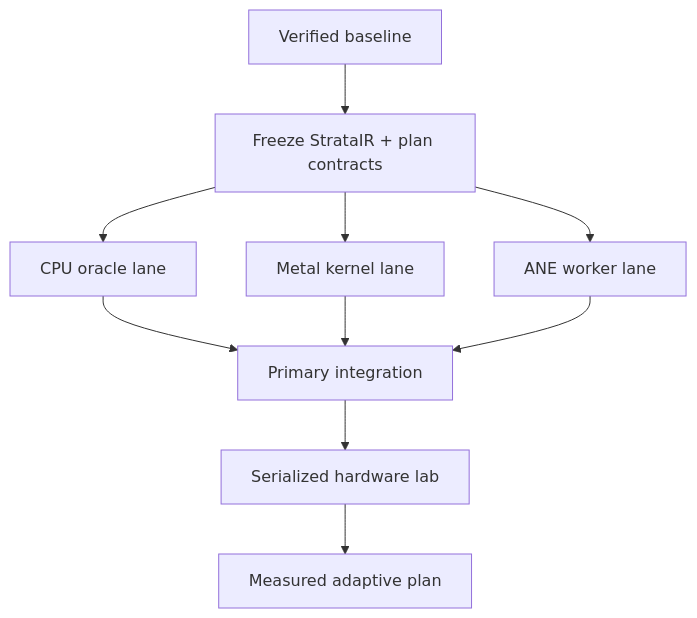
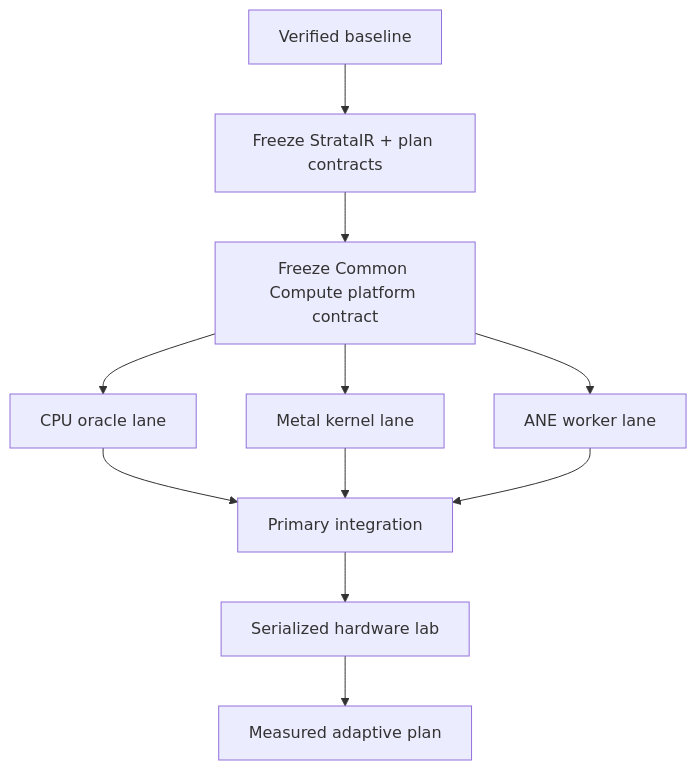
One commit to Ikaikaalika/strata changed the diagram in docs/AGENTIC_ENGINEERING.md. Above: the diagram before and after it, drawn with Mermaid. The commit also changed 6 other files, not shown here.

Commit message:
Define adaptive Common Compute runtime contract

````diff
--- a/docs/AGENTIC_ENGINEERING.md
+++ b/docs/AGENTIC_ENGINEERING.md
@@ -24,12 +24,13 @@
 ```mermaid
 flowchart TD
     BASE["Verified baseline"] --> CONTRACT["Freeze StrataIR + plan contracts"]
-    CONTRACT --> CPU["CPU oracle lane"]
-    CONTRACT --> METAL["Metal kernel lane"]
-    CONTRACT --> ANE["ANE worker lane"]
+    CONTRACT --> PLATFORM["Freeze Common Compute platform contract"]
+    PLATFORM --> CPU["CPU oracle lane"]
+    PLATFORM --> METAL["Metal kernel lane"]
+    PLATFORM --> ANE["ANE worker lane"]
     CPU --> INTEGRATE["Primary integration"]
     METAL --> INTEGRATE
     ANE --> INTEGRATE
     INTEGRATE --> LAB["Serialized hardware lab"]
     LAB --> PLAN["Measured adaptive plan"]
 ```
````
